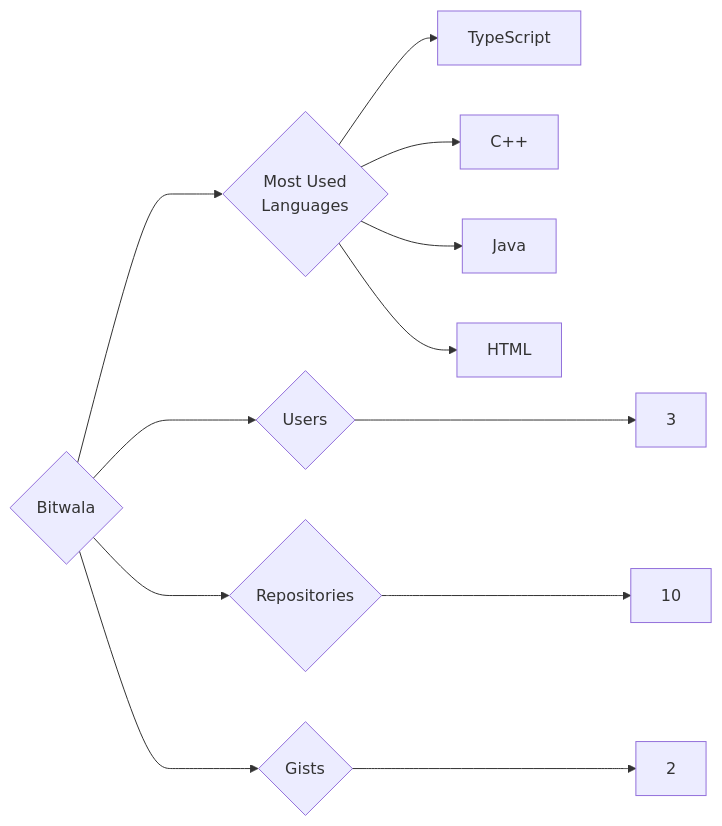
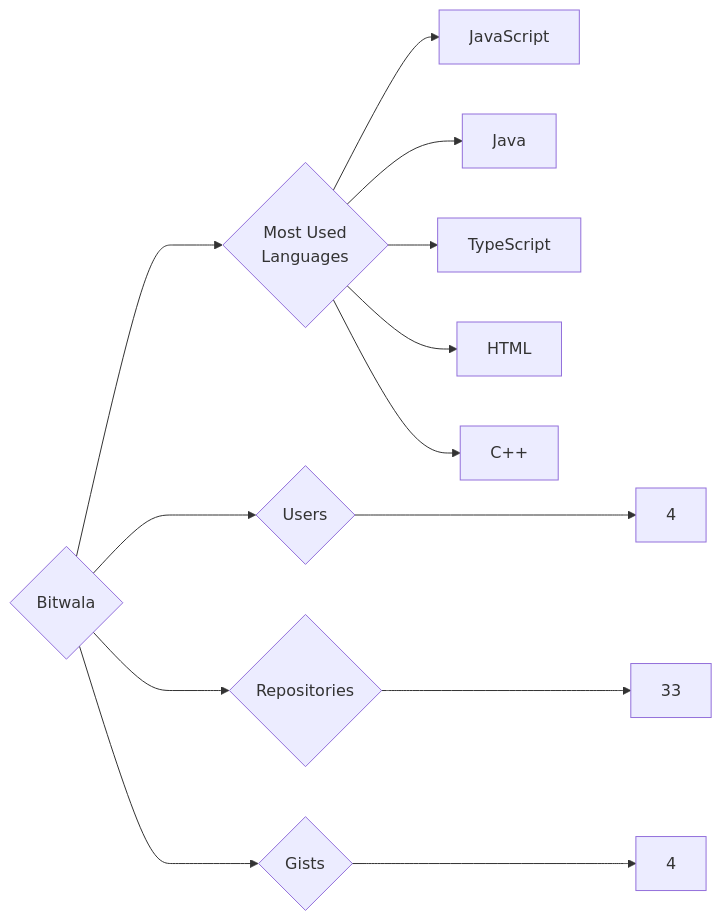
The diagram in targets/Bitwala/README.md (trickest/insiders), drawn with Mermaid before and after one commit. The commit also changed 1149 other files, not shown here.

````diff
--- a/targets/Bitwala/README.md
+++ b/targets/Bitwala/README.md
@@ -3,12 +3,13 @@
 ```mermaid
 graph LR
 COMPANY_NAME{Bitwala}
-COMPANY_NAME ---> U{Users} ---> UN[3]
-COMPANY_NAME ---> R{Repositories} ---> RN[10]
-COMPANY_NAME ---> G{Gists} ---> GN[2]
+COMPANY_NAME ---> U{Users} ---> UN[4]
+COMPANY_NAME ---> R{Repositories} ---> RN[33]
+COMPANY_NAME ---> G{Gists} ---> GN[4]
 COMPANY_NAME ---> ML{Most Used<br>Languages}
+ML --> JavaScript[JavaScript]
+ML --> Java[Java]
 ML --> TypeScript[TypeScript]
+ML --> HTML[HTML]
 ML --> C++[C++]
-ML --> Java[Java]
-ML --> HTML[HTML]
 ```
````
